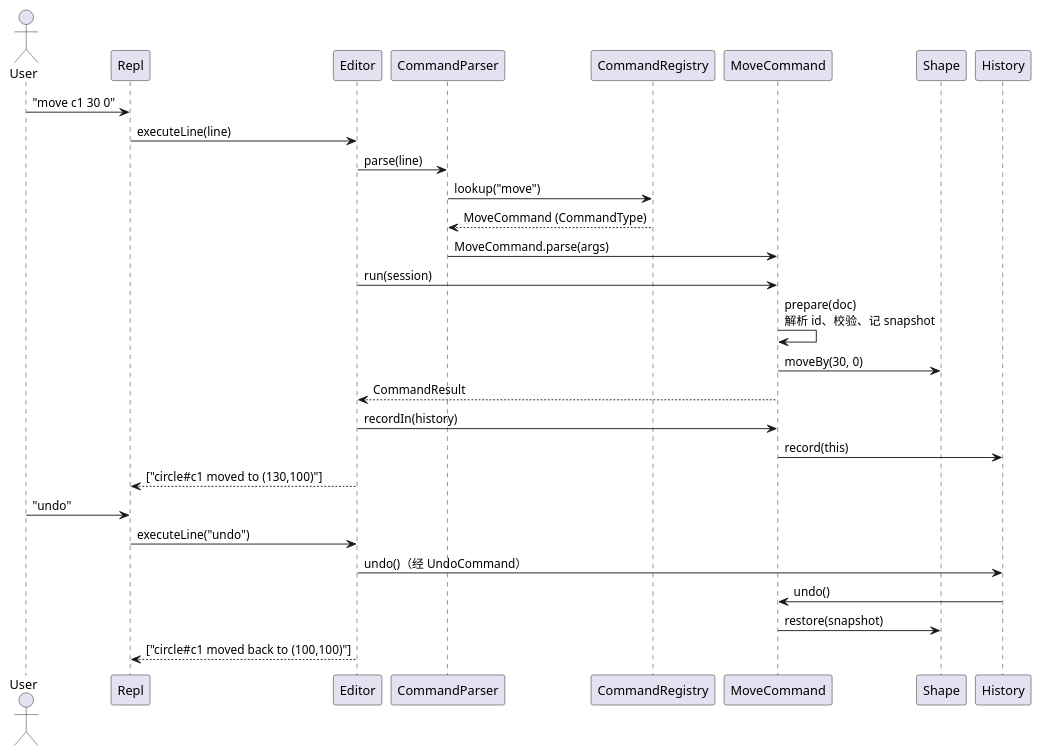
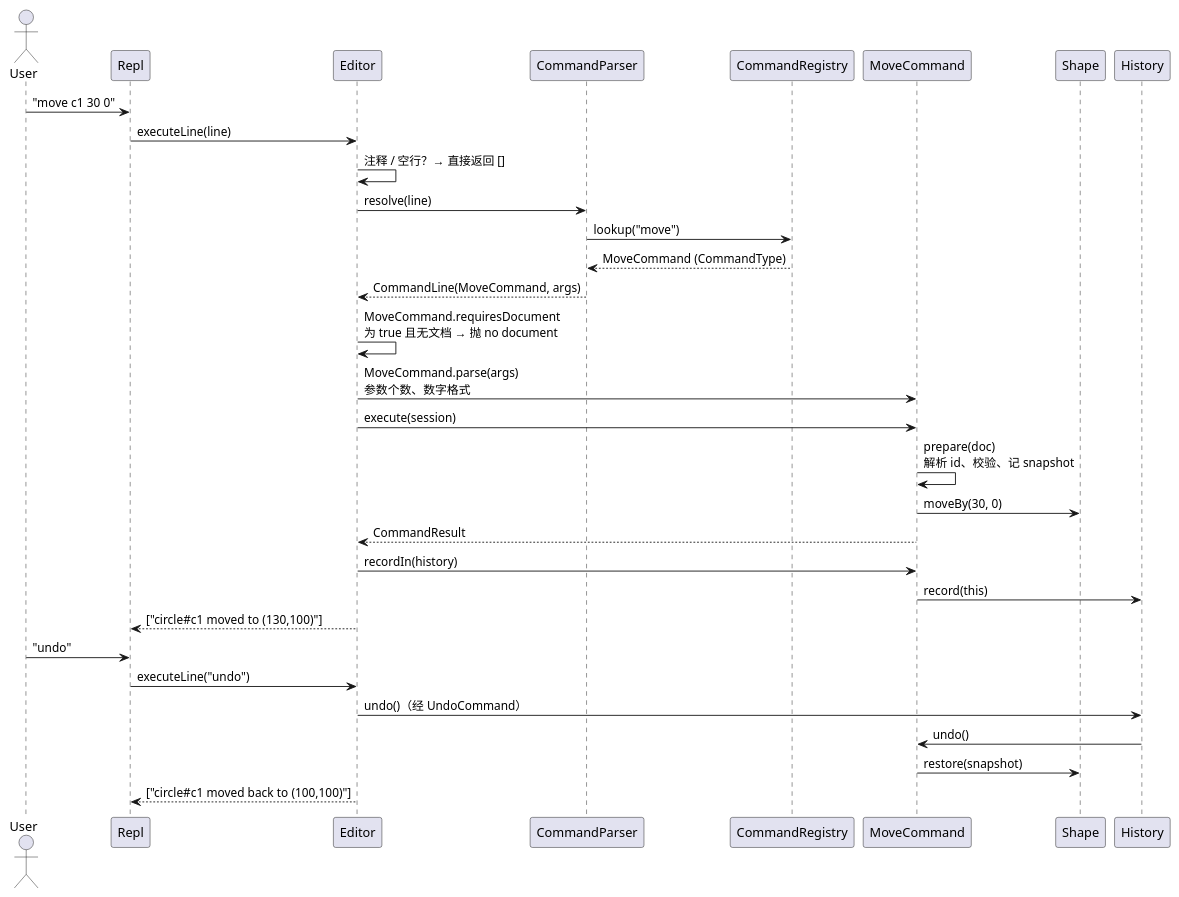
The second of 3 diagrams in doc/README.md (xwtan51/svg_editor), drawn with PlantUML before and after one commit. The commit also changed other lines of this file, not shown here.

First line of the commit message:
docs: revise architecture plan to v2 per review

````diff
--- a/doc/README.md
+++ b/doc/README.md
@@ -219,33 +223,36 @@
 ```plantuml
 @startuml command-flow
 actor User
 participant Repl
 participant Editor
 participant CommandParser
 participant CommandRegistry
 participant "MoveCommand" as Cmd
 participant Shape
 participant History
 
 User -> Repl : "move c1 30 0"
 Repl -> Editor : executeLine(line)
-Editor -> CommandParser : parse(line)
+Editor -> Editor : 注释 / 空行？→ 直接返回 []
+Editor -> CommandParser : resolve(line)
 CommandParser -> CommandRegistry : lookup("move")
 CommandRegistry --> CommandParser : MoveCommand (CommandType)
-CommandParser -> Cmd : MoveCommand.parse(args)
-Editor -> Cmd : run(session)
+CommandParser --> Editor : CommandLine(MoveCommand, args)
+Editor -> Editor : MoveCommand.requiresDocument\n为 true 且无文档 → 抛 no document
+Editor -> Cmd : MoveCommand.parse(args)\n参数个数、数字格式
+Editor -> Cmd : execute(session)
 Cmd -> Cmd : prepare(doc)\n解析 id、校验、记 snapshot
 Cmd -> Shape : moveBy(30, 0)
 Cmd --> Editor : CommandResult
 Editor -> Cmd : recordIn(history)
 Cmd -> History : record(this)
 Editor --> Repl : ["circle#c1 moved to (130,100)"]
 
 User -> Repl : "undo"
 Repl -> Editor : executeLine("undo")
 Editor -> History : undo()（经 UndoCommand）
 History -> Cmd : undo()
 Cmd -> Shape : restore(snapshot)
 Editor --> Repl : ["circle#c1 moved back to (100,100)"]
 @enduml
 ```
````
